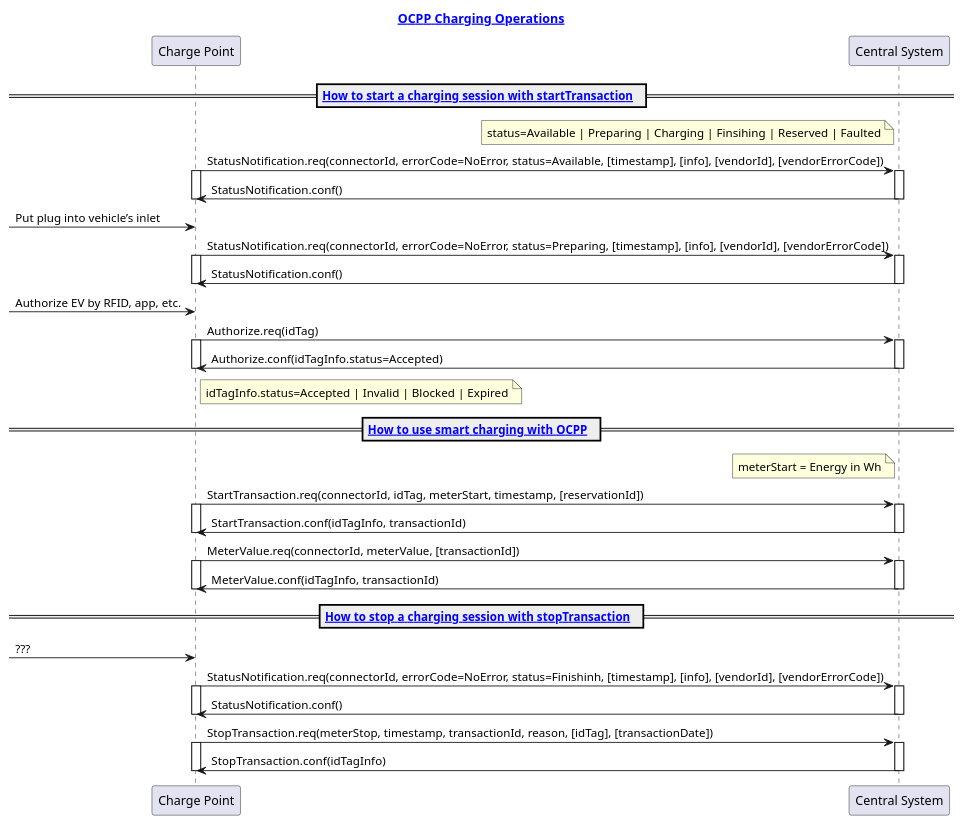
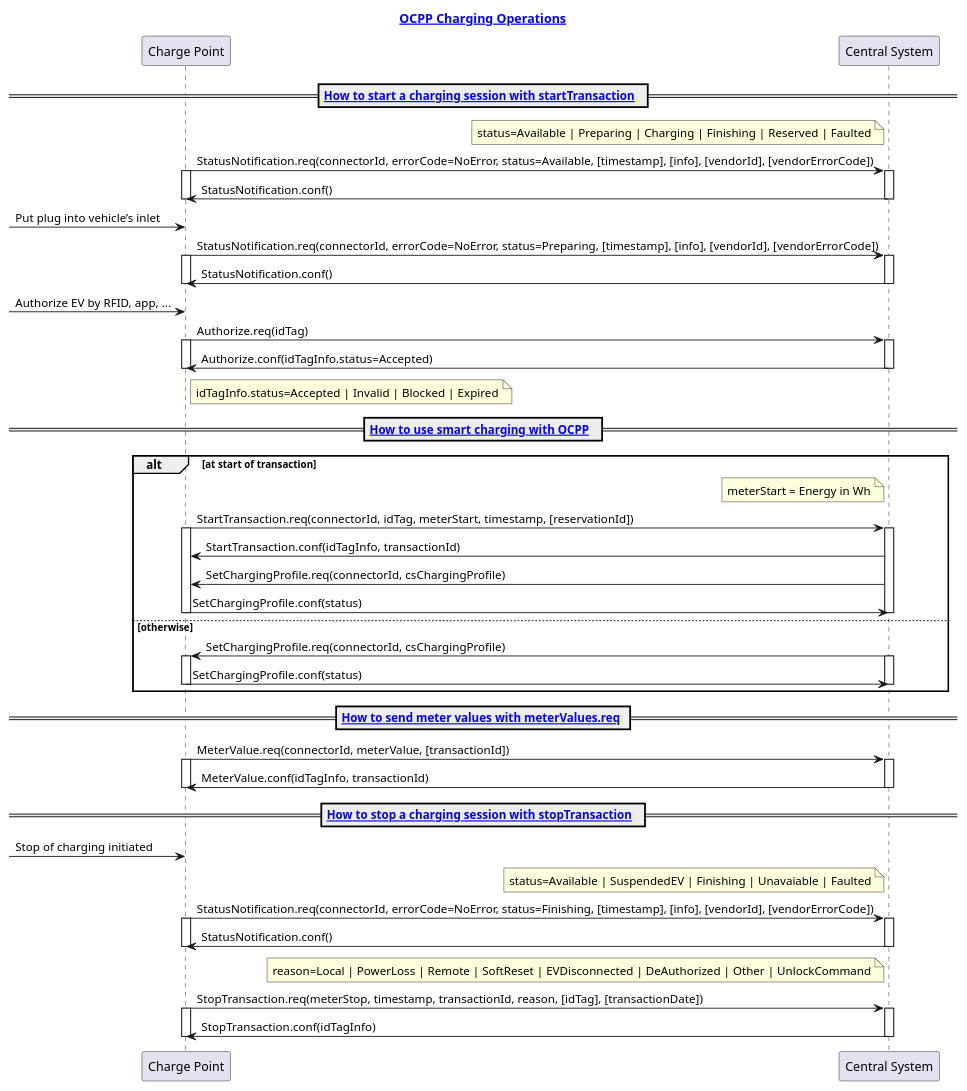
One commit to ges0909/ocpp-charge-point-simulator-dashboard changed the diagram in docs/ocpp-charging.puml. Above: the diagram before and after it, drawn with PlantUML.

Commit message:
Charging scenarios updated

```diff
--- a/docs/ocpp-charging.puml
+++ b/docs/ocpp-charging.puml
@@ -1,100 +1,110 @@
 @startuml OCPP Charging
 
 title [[https://www.ampcontrol.io/ocpp-guide/how-to-use-ocpp-for-your-ev-charging-operations OCPP Charging Operations]]
 
 participant "Charge Point" as CP
 participant "Central System" as CMS
 
-' --
-
 == [[https://www.ampcontrol.io/ocpp-guide/how-to-start-an-ocpp-charging-session-with-starttransaction How to start a charging session with startTransaction]]  ==
 
-'-- note over CP
-'-- [[https://www.ampcontrol.io/ocpp-guide/how-to-start-an-ocpp-charging-session-with-starttransaction How to start a charging session with startTransaction]]
-'-- end note
-
-note left of CMS: status=Available | Preparing | Charging | Finsihing | Reserved | Faulted
+note left of CMS: status=Available | Preparing | Charging | Finishing | Reserved | Faulted
 
 CP ->  CMS : StatusNotification.req(connectorId, errorCode=NoError, status=Available, [timestamp], [info], [vendorId], [vendorErrorCode])
 activate CP
 activate CMS
 
 CP <- CMS : StatusNotification.conf()
 deactivate CMS
 deactivate CP
 
 '--
 
 [-> CP: Put plug into vehicle’s inlet
 
 CP ->  CMS : StatusNotification.req(connectorId, errorCode=NoError, status=Preparing, [timestamp], [info], [vendorId], [vendorErrorCode])
 activate CP
 activate CMS
 
 CP <- CMS : StatusNotification.conf()
 deactivate CMS
 deactivate CP
 
-' --
+'--
 
-[-> CP: Authorize EV by RFID, app, etc.
+[-> CP: Authorize EV by RFID, app, ...
 
 CP ->  CMS : Authorize.req(idTag)
 activate CP
 activate CMS
 
 CP <- CMS : Authorize.conf(idTagInfo.status=Accepted)
 deactivate CMS
 deactivate CP
 
 note right of CP: idTagInfo.status=Accepted | Invalid | Blocked | Expired
 
-' --
+== [[https://www.ampcontrol.io/ocpp-guide/how-to-use-smart-charging-with-ocpp How to use smart charging with OCPP]]  ==
 
-== [[https://www.ampcontrol.io/ocpp-guide/how-to-use-smart-charging-with-ocpp How to use smart charging with OCPP]]  ==
+alt at start of transaction
 
 note left of CMS: meterStart = Energy in Wh
 
 CP ->  CMS : StartTransaction.req(connectorId, idTag, meterStart, timestamp, [reservationId])
 activate CP
 activate CMS
+CP <- CMS : StartTransaction.conf(idTagInfo, transactionId)
 
-CP <- CMS : StartTransaction.conf(idTagInfo, transactionId)
+CP <-  CMS : SetChargingProfile.req(connectorId, csChargingProfile)
+CP -> CMS : SetChargingProfile.conf(status)
 deactivate CMS
 deactivate CP
 
-' --
+else otherwise
+
+CP <-  CMS : SetChargingProfile.req(connectorId, csChargingProfile)
+activate CP
+activate CMS
+
+CP -> CMS : SetChargingProfile.conf(status)
+deactivate CMS
+deactivate CP
+
+end
+
+== [[https://www.ampcontrol.io/ocpp-guide/how-to-send-ocpp-meter-values-with-metervalues-req How to send meter values with meterValues.req]] ==
 
 CP ->  CMS : MeterValue.req(connectorId, meterValue, [transactionId])
 activate CP
 activate CMS
 
 CP <- CMS : MeterValue.conf(idTagInfo, transactionId)
 deactivate CMS
 deactivate CP
 
-' --
-
 == [[https://www.ampcontrol.io/ocpp-guide/how-to-stop-a-charging-session-with-stoptransaction How to stop a charging session with stopTransaction]]  ==
 
-[-> CP: ???
+[-> CP: Stop of charging initiated
 
-CP ->  CMS : StatusNotification.req(connectorId, errorCode=NoError, status=Finishinh, [timestamp], [info], [vendorId], [vendorErrorCode])
+note left of CMS: status=Available | SuspendedEV | Finishing | Unavaiable | Faulted
+
+CP ->  CMS : StatusNotification.req(connectorId, errorCode=NoError, status=Finishing, [timestamp], [info], [vendorId], [vendorErrorCode])
 activate CP
 activate CMS
 
 CP <- CMS : StatusNotification.conf()
 deactivate CMS
 deactivate CP
 
 '--
+
+note left of CMS: reason=Local | PowerLoss | Remote | SoftReset | EVDisconnected | DeAuthorized | Other | UnlockCommand
 
 CP ->  CMS : StopTransaction.req(meterStop, timestamp, transactionId, reason, [idTag], [transactionDate])
 activate CP
 activate CMS
 
 CP <- CMS : StopTransaction.conf(idTagInfo)
 deactivate CMS
 deactivate CP
 
 @enduml
```
